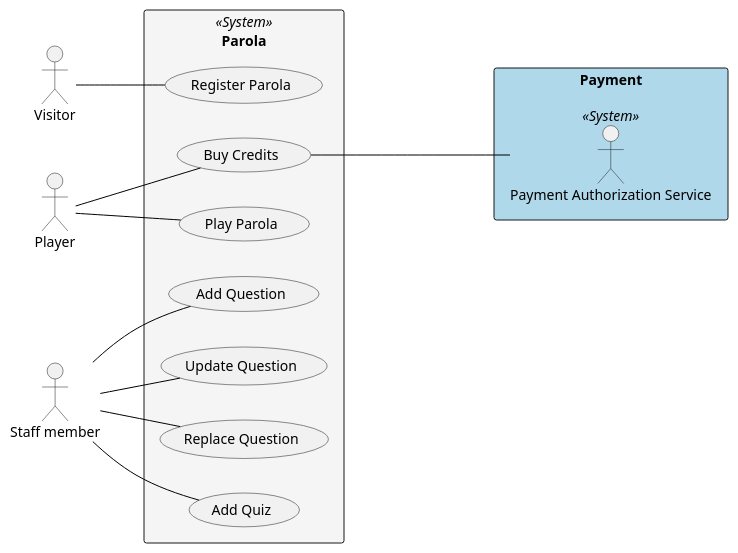
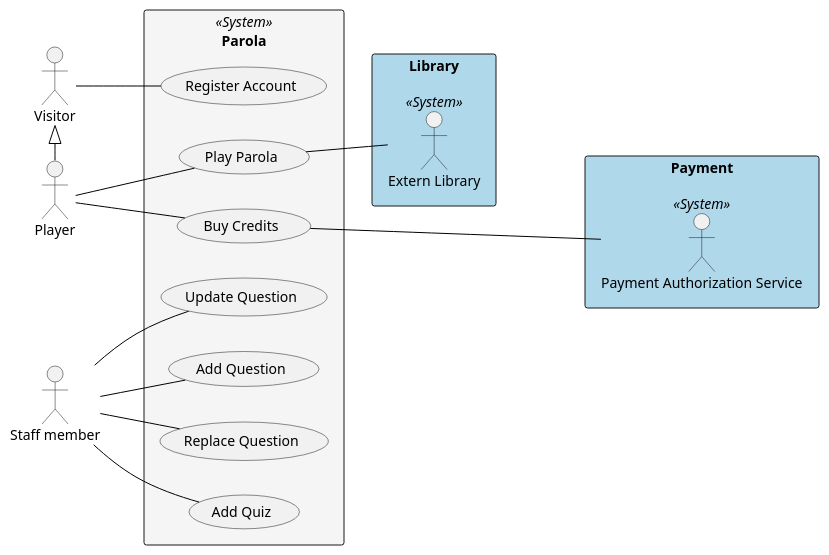
Before and after one commit to jchen2011/Parola: the diagram in diagrams/usecase.puml, drawn with PlantUML. The commit also changed 20 other files, not shown here.

```diff
--- a/diagrams/usecase.puml
+++ b/diagrams/usecase.puml
@@ -1,40 +1,47 @@
 @startuml
 skinparam class {
 BackgroundColor #FAFAFA
 ArrowColor Black
 BorderColor Black
 BackgroundColor<<Foo>> DarkGrey
 }
 skinparam classAttributeIconSize 0
 skinparam backgroundcolor white
 
 left to right direction
 actor Visitor as u
 actor Player as p
 actor "Staff member" as s
 
 rectangle Payment #B0D8EB {
     actor "Payment Authorization Service" as payment <<System>>
 }
 
+rectangle Library #B0D8EB {
+    actor "Extern Library" as extern <<System>>
+}
+
 rectangle Parola <<System>> #F5F5F5 {
-    usecase "Register Parola" as UC1
+    usecase "Register Account" as UC1
     usecase "Play Parola" as UC2
 	usecase "Add Quiz" as UC3
 	usecase "Add Question" as UC4
 	usecase "Update Question" as UC5
 	usecase "Replace Question" as UC6
     usecase "Buy Credits" as UC7
 }
 
 
 u -- UC1
 p -- UC2
 s -- UC3
 s -up- UC4
 s -- UC5
+extern -up- UC2
 s -- UC6
 p -- UC7
 
+p -left-|> u
+
 UC7 ---- payment
 @enduml
```
